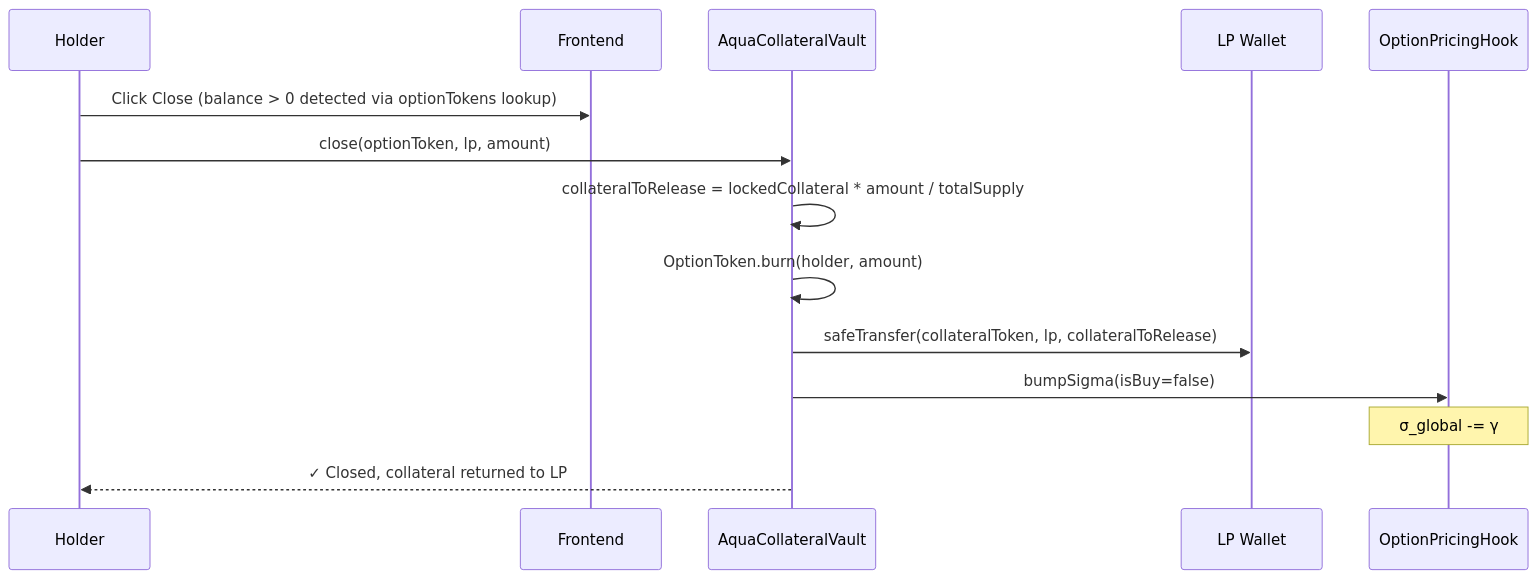
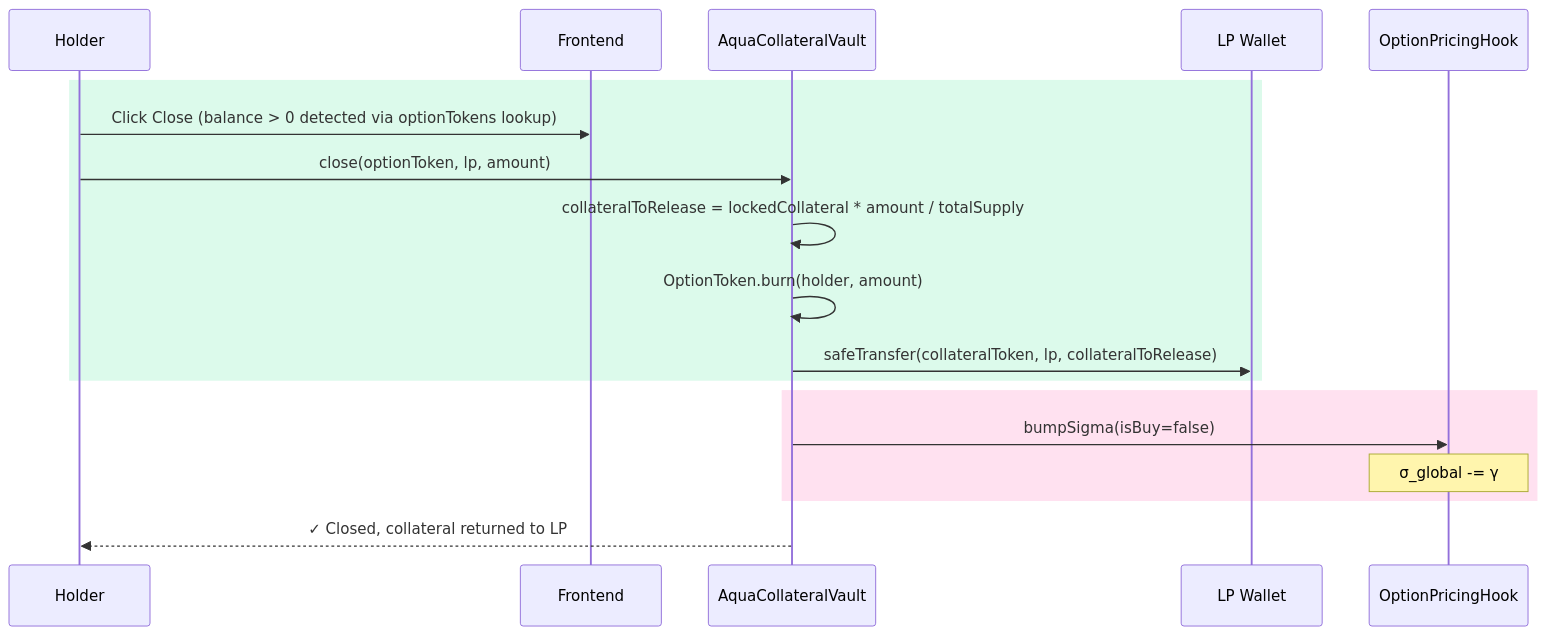
The fourth of 7 diagrams in README.md (oslinin/Smile), drawn with Mermaid before and after one commit. The commit also changed other lines of this file, not shown here.

Commit message:
Color-code all Mermaid diagrams by sponsor (green=1inch, pink=Uniswap, blue=Chainlink)

````diff
--- a/README.md
+++ b/README.md
@@ -165,17 +179,21 @@
 ```mermaid
 sequenceDiagram
     participant Holder
     participant Frontend
     participant Vault as AquaCollateralVault
     participant LP as LP Wallet
     participant Hook as OptionPricingHook
 
+    rect rgb(220, 250, 235)
     Holder->>Frontend: Click Close (balance > 0 detected via optionTokens lookup)
     Holder->>Vault: close(optionToken, lp, amount)
     Vault->>Vault: collateralToRelease = lockedCollateral * amount / totalSupply
     Vault->>Vault: OptionToken.burn(holder, amount)
     Vault->>LP: safeTransfer(collateralToken, lp, collateralToRelease)
+    end
+    rect rgb(255, 225, 240)
     Vault->>Hook: bumpSigma(isBuy=false)
     Note over Hook: σ_global -= γ
+    end
     Vault-->>Holder: ✓ Closed, collateral returned to LP
 ```
````
